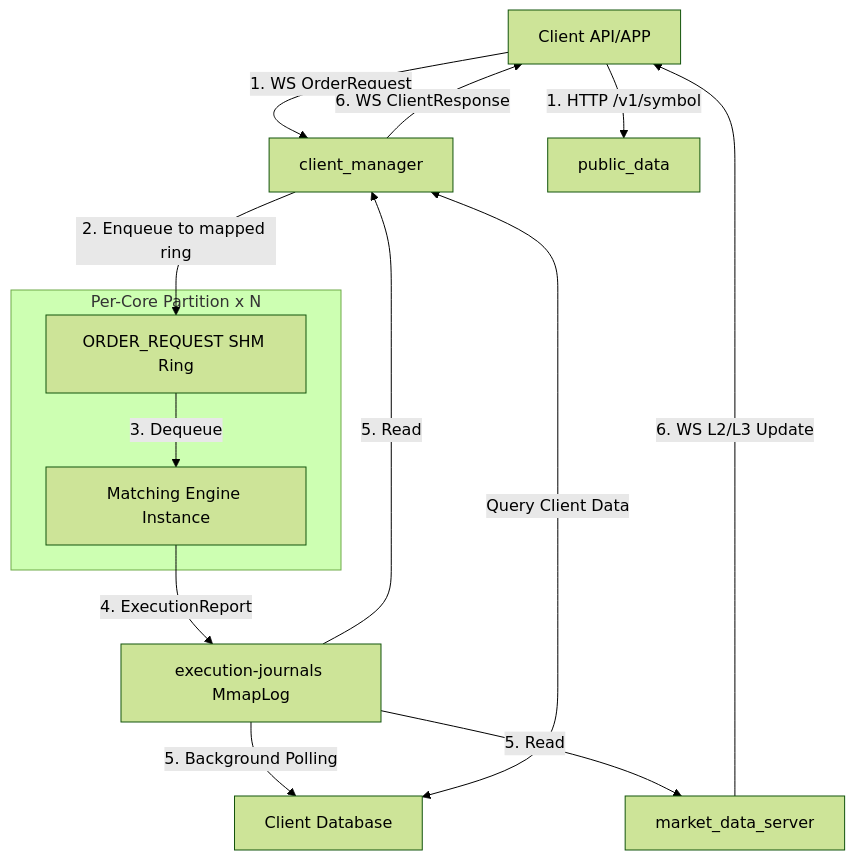
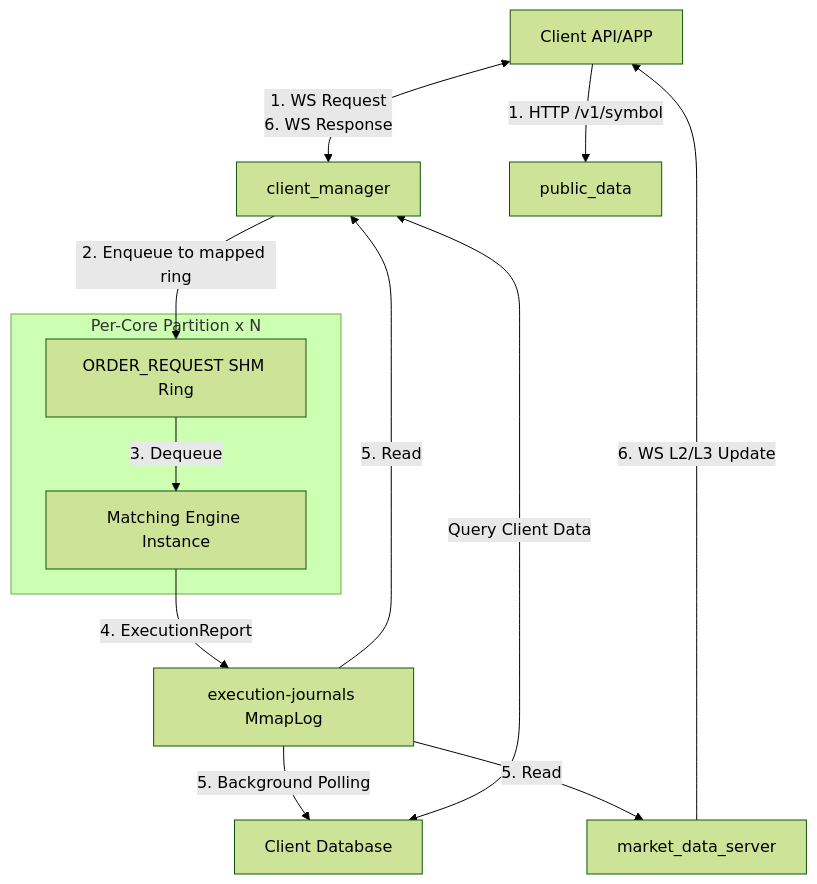
Before and after one commit to harvey-euph/Electronic-Exchange-Simulator: the second of 4 diagrams in README.md, drawn with Mermaid (forest theme). The commit also changed other lines of this file and 3 other files, not shown here.

Commit message:
docs: remove duplicated diagrams and refine instructions

````diff
--- a/README.md
+++ b/README.md
@@ -61,22 +61,21 @@
 ```mermaid
 graph TD
-    Client[Client API/APP] -->|1. WS OrderRequest| CM[client_manager]
+    Client[Client API/APP] <-->|1. WS Request<br/>6. WS Response| CM[client_manager]
     Client -->|1. HTTP /v1/symbol| PD[public_data]
     
     subgraph Core[Per-Core Partition x N]
         RB_REQ[ORDER_REQUEST SHM Ring] -->|3. Dequeue| OC[Matching Engine Instance]
     end
     
     CM -->|2. Enqueue to mapped ring| RB_REQ
     
     OC -->|4. ExecutionReport| MMAP_LOG[execution-journals MmapLog]
     
     MMAP_LOG -->|5. Read| CM
-    CM -->|6. WS ClientResponse| Client
     
     MMAP_LOG -->|5. Background Polling| DB[Client Database]
     CM <-->|Query Client Data| DB
     
     MMAP_LOG -->|5. Read| MDS[market_data_server]
     MDS -->|6. WS L2/L3 Update| Client
 ```
````
